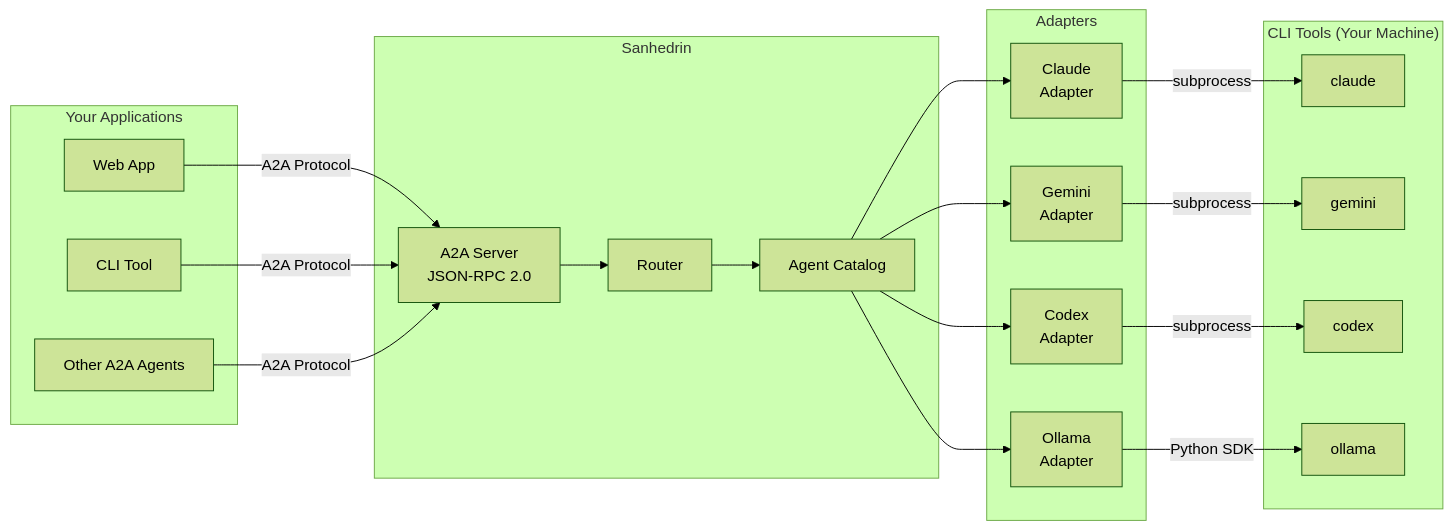
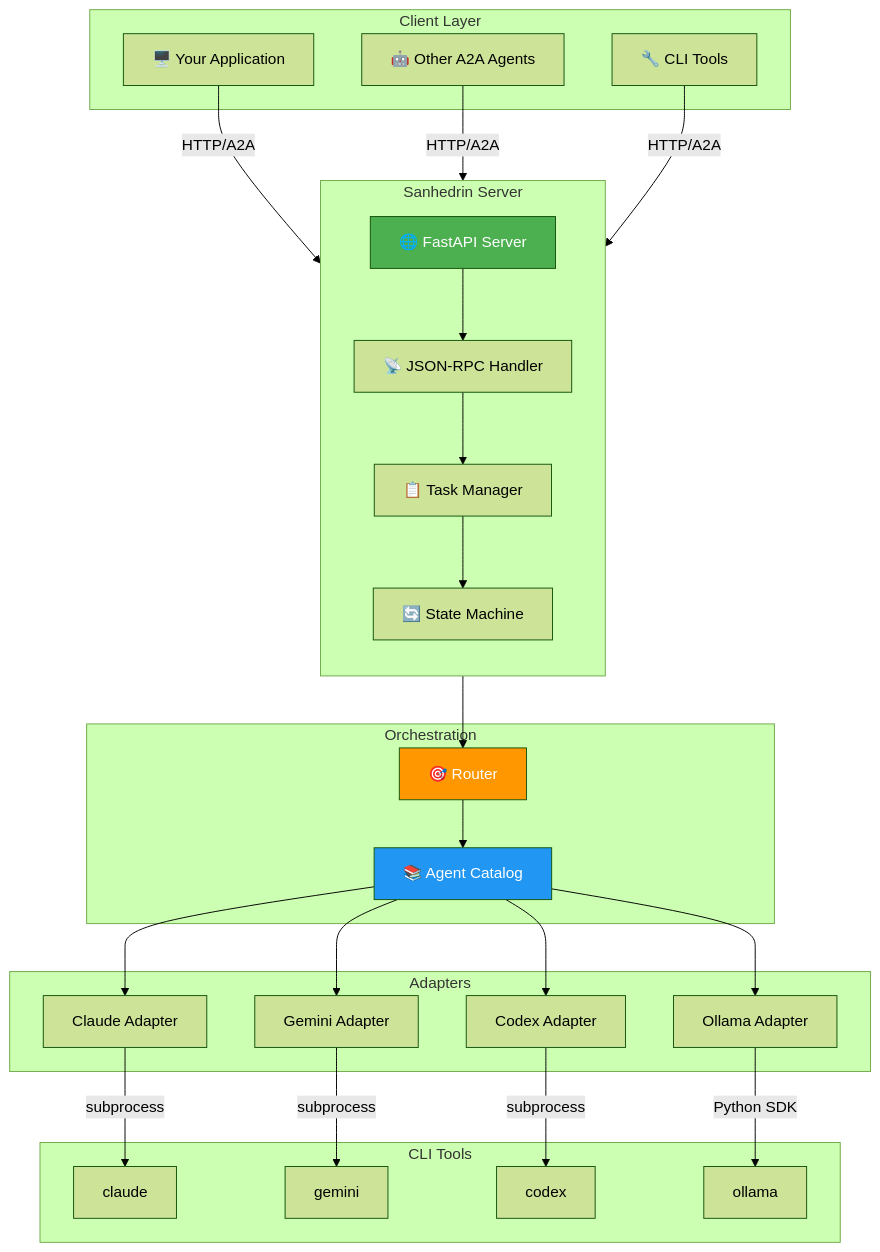
One commit to consigcody94/sanhedrin changed the first of 3 diagrams in README.md. Above: the diagram before and after it, drawn with Mermaid (forest theme). The commit also changed other lines of this file, not shown here.

````diff
--- a/README.md
+++ b/README.md
@@ -177,37 +373,51 @@
 ```mermaid
-graph LR
-    subgraph "Your Applications"
-        A[Web App]
-        B[CLI Tool]
-        C[Other A2A Agents]
+graph TB
+    subgraph "Client Layer"
+        C1[🖥️ Your Application]
+        C2[🤖 Other A2A Agents]
+        C3[🔧 CLI Tools]
     end
 
-    subgraph "Sanhedrin"
-        S[A2A Server<br/>JSON-RPC 2.0]
-        R[Router]
-        CAT[Agent Catalog]
+    subgraph "Sanhedrin Server"
+        direction TB
+        API[🌐 FastAPI Server]
+        RPC[📡 JSON-RPC Handler]
+        TM[📋 Task Manager]
+        SM[🔄 State Machine]
+    end
+
+    subgraph "Orchestration"
+        CAT[📚 Agent Catalog]
+        RTR[🎯 Router]
     end
 
     subgraph "Adapters"
-        AD1[Claude<br/>Adapter]
-        AD2[Gemini<br/>Adapter]
-        AD3[Codex<br/>Adapter]
-        AD4[Ollama<br/>Adapter]
+        A1[Claude Adapter]
+        A2[Gemini Adapter]
+        A3[Codex Adapter]
+        A4[Ollama Adapter]
     end
 
-    subgraph "CLI Tools (Your Machine)"
+    subgraph "CLI Tools"
         CLI1[claude]
         CLI2[gemini]
         CLI3[codex]
         CLI4[ollama]
     end
 
-    A & B & C -->|A2A Protocol| S
-    S --> R
-    R --> CAT
-    CAT --> AD1 & AD2 & AD3 & AD4
-    AD1 -->|subprocess| CLI1
-    AD2 -->|subprocess| CLI2
-    AD3 -->|subprocess| CLI3
-    AD4 -->|Python SDK| CLI4
+    C1 & C2 & C3 -->|HTTP/A2A| API
+    API --> RPC
+    RPC --> TM
+    TM --> SM
+    TM --> RTR
+    RTR --> CAT
+    CAT --> A1 & A2 & A3 & A4
+    A1 -->|subprocess| CLI1
+    A2 -->|subprocess| CLI2
+    A3 -->|subprocess| CLI3
+    A4 -->|Python SDK| CLI4
+
+    style API fill:#4CAF50,color:white
+    style CAT fill:#2196F3,color:white
+    style RTR fill:#FF9800,color:white
 ```
````
